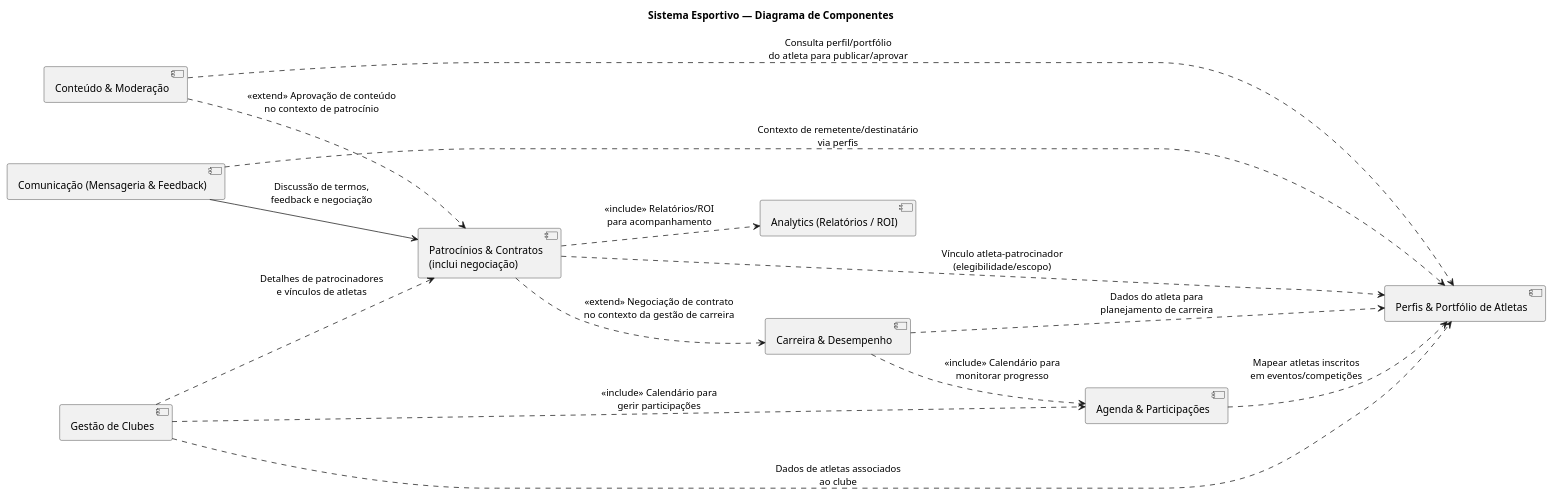
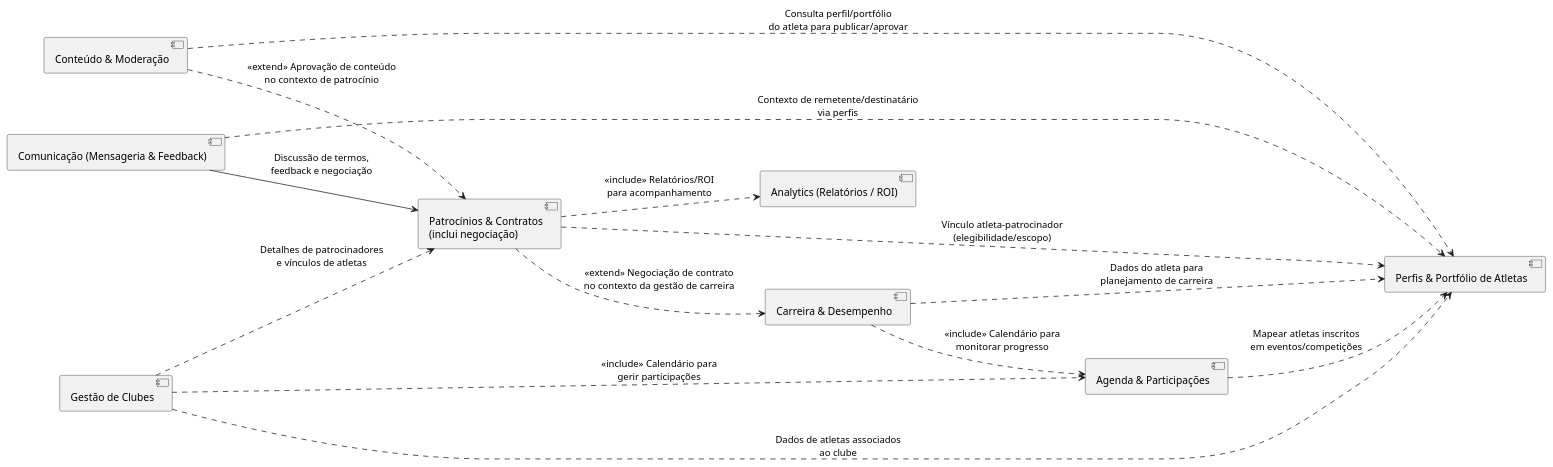
Before and after one commit to carloshenriquehannas/TCC: the diagram in DescricaoAtividadesRealizadas/AvaliacaoDiretrizes/Sistema1-Atletas/componentes-Atletas.puml, drawn with PlantUML. The commit also changed 25 other files, not shown here.

```diff
--- a/DescricaoAtividadesRealizadas/AvaliacaoDiretrizes/Sistema1-Atletas/componentes-Atletas.puml
+++ b/DescricaoAtividadesRealizadas/AvaliacaoDiretrizes/Sistema1-Atletas/componentes-Atletas.puml
@@ -1,57 +1,56 @@
-@startuml componentes2 - atletas
-title Sistema Esportivo — Diagrama de Componentes
+@startuml componentes - atletas
 left to right direction
 'skinparam componentStyle rectangle
 
 component "Perfis & Portfólio de Atletas" as PerfisPortfolio
 component "Conteúdo & Moderação" as ConteudoModeracao
 component "Comunicação (Mensageria & Feedback)" as Comunicacao
 component "Agenda & Participações" as AgendaParticipacoes
 component "Patrocínios & Contratos\n(inclui negociação)" as PatrociniosContratos
 component "Carreira & Desempenho" as CarreiraDesempenho
 component "Gestão de Clubes" as GestaoClubes
 component "Analytics (Relatórios / ROI)" as Analytics
 
 ' ==========================
 ' Dependências basais (dados de atleta)
 ' ==========================
 ConteudoModeracao ..> PerfisPortfolio : Consulta perfil/portfólio\ndo atleta para publicar/aprovar
 Comunicacao ..> PerfisPortfolio : Contexto de remetente/destinatário\nvia perfis
 AgendaParticipacoes ..> PerfisPortfolio : Mapear atletas inscritos\nem eventos/competições
 PatrociniosContratos ..> PerfisPortfolio : Vínculo atleta–patrocinador\n(elegibilidade/escopo)
 CarreiraDesempenho ..> PerfisPortfolio : Dados do atleta para\nplanejamento de carreira
 GestaoClubes ..> PerfisPortfolio : Dados de atletas associados\nao clube
 
 ' ==========================
 ' Calendário incluído por monitoramento/participação (<<include>>)
 ' ==========================
 CarreiraDesempenho ..> AgendaParticipacoes : <<include>> Calendário para\nmonitorar progresso
 GestaoClubes ..> AgendaParticipacoes : <<include>> Calendário para\ngerir participações
 
 ' ==========================
 ' Conteúdo & patrocínio (<<extend>> aprovação)
 ' ==========================
 ConteudoModeracao ..> PatrociniosContratos : <<extend>> Aprovação de conteúdo\nno contexto de patrocínio
 
 ' ==========================
 ' Comunicação no contexto de contratos/negociações
 ' (associação sem dependência ⇒ linha contínua)
 ' ==========================
 Comunicacao --> PatrociniosContratos : Discussão de termos,\nfeedback e negociação
 
 ' ==========================
 ' Relatórios incluídos na gestão de patrocínios (<<include>>)
 ' ==========================
 PatrociniosContratos ..> Analytics : <<include>> Relatórios/ROI\npara acompanhamento
 
 ' ==========================
 ' Clubes referenciam dados de patrocinadores
 ' ==========================
 GestaoClubes ..> PatrociniosContratos : Detalhes de patrocinadores\ne vínculos de atletas
 
 ' ==========================
 ' Negociação como extensão da gestão de carreira/contratos (<<extend>>)
 ' ==========================
 PatrociniosContratos ..> CarreiraDesempenho : <<extend>> Negociação de contrato\nno contexto da gestão de carreira
 
 @enduml
```
